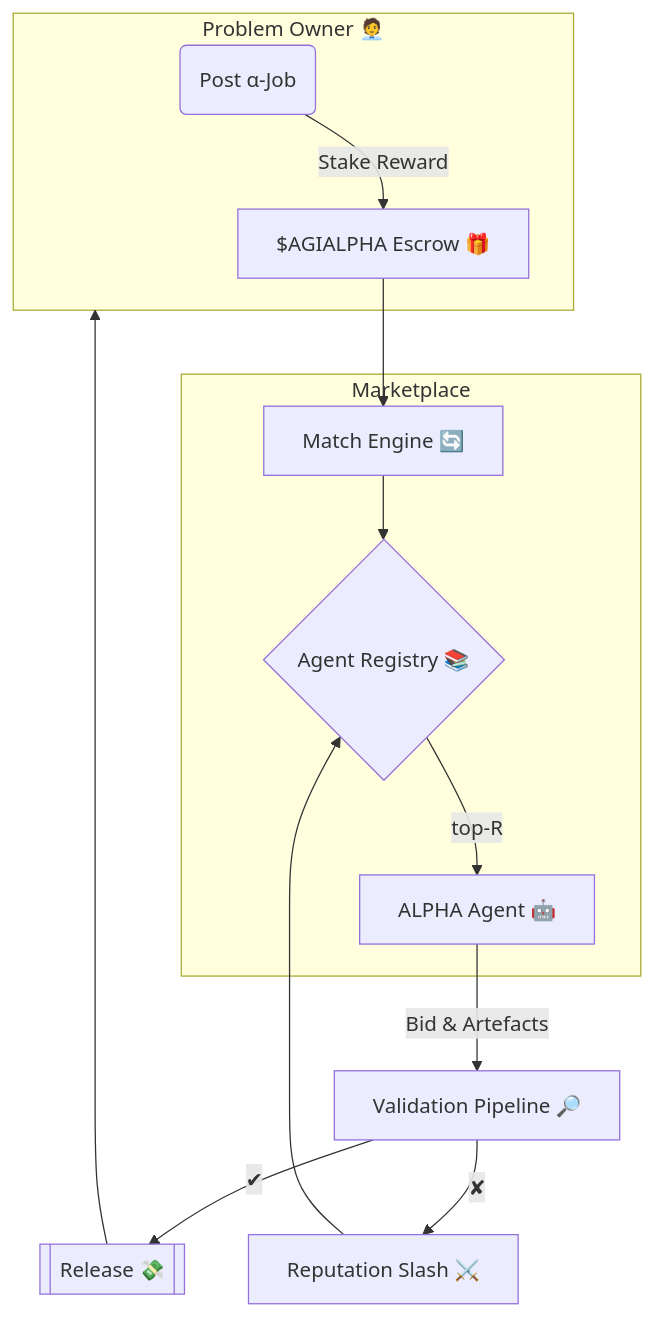
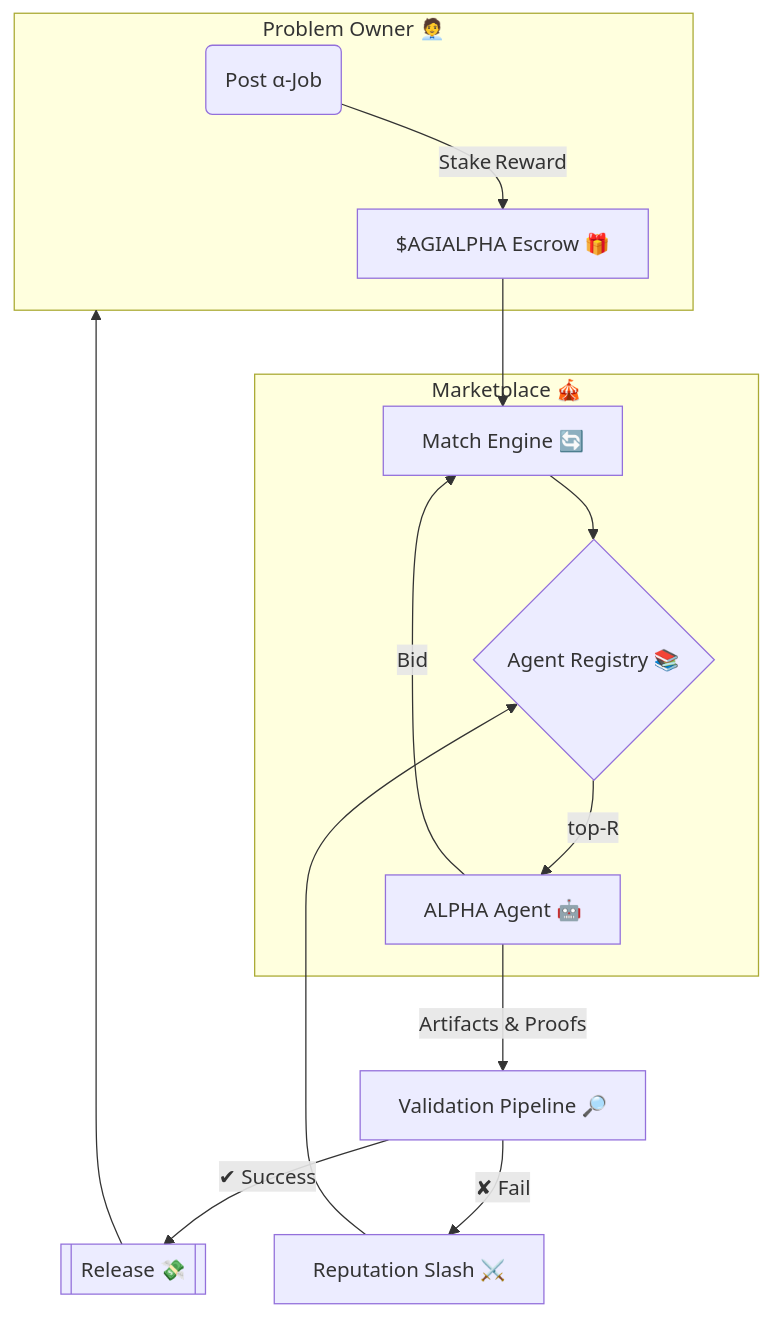
The diagram in alpha_factory_v1/demos/alpha_agi_marketplace_v1/README.md (vishalbelsare/AGI-Alpha-Agent-v0), drawn with Mermaid before and after one commit. The commit also changed other lines of this file, not shown here.

````diff
--- a/alpha_factory_v1/demos/alpha_agi_marketplace_v1/README.md
+++ b/alpha_factory_v1/demos/alpha_agi_marketplace_v1/README.md
@@ -57,20 +62,21 @@
 ```mermaid
 flowchart TB
-    subgraph PO["Problem Owner 🧑‍💼"]
+    subgraph Client["Problem Owner 🧑‍💼"]
         A(Post α‑Job)
-        A-->|Stake Reward|Esc[$AGIALPHA Escrow 🎁]
+        A-->|Stake Reward|Esc[$AGIALPHA Escrow 🎁]
     end
 
-    subgraph Marketplace
+    subgraph "Marketplace 🎪"
         Esc --> Match[Match Engine 🔄]
         Match --> Reg{Agent Registry 📚}
         Reg -->|top‑R| Agent[ALPHA Agent 🤖]
+        Agent -->|Bid| Match
     end
 
-    Agent -->|Bid & Artefacts| Val[Validation Pipeline 🔎]
-    Val -->|✔| Pay[[Release 💸]]
-    Val -->|✘| Slash[Reputation Slash ⚔️]
+    Agent -->|Artifacts & Proofs| Val[Validation Pipeline 🔎]
+    Val -->|✔ Success| Pay[[Release 💸]]
+    Val -->|✘ Fail| Slash[Reputation Slash ⚔️]
 
-    Pay --> PO
+    Pay --> Client
     Slash --> Reg
 ```
````
